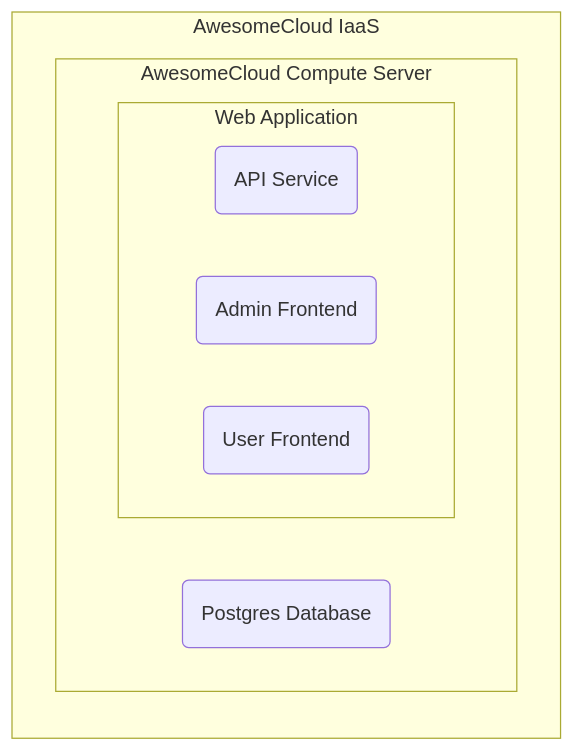
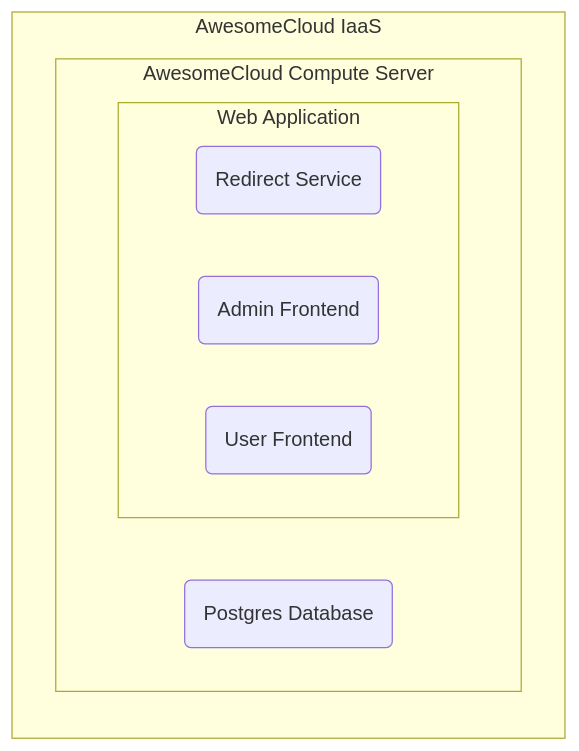
The diagram in docs/support/system.mermaid (aj-stein-nist/oscal-2023-workshop), drawn with Mermaid before and after one commit.

Commit message:
Per discussion, renaming API service for clarity.

```diff
--- a/docs/support/system.mermaid
+++ b/docs/support/system.mermaid
@@ -1,11 +1,11 @@
 graph LR;
     subgraph "AwesomeCloud IaaS"
         subgraph "AwesomeCloud Compute Server"
             subgraph "Web Application"
-                api(API Service)
+                redirect(Redirect Service)
                 admin(Admin Frontend)
                 publicinfo(User Frontend)
             end
             db(Postgres Database)
         end
     end
```
